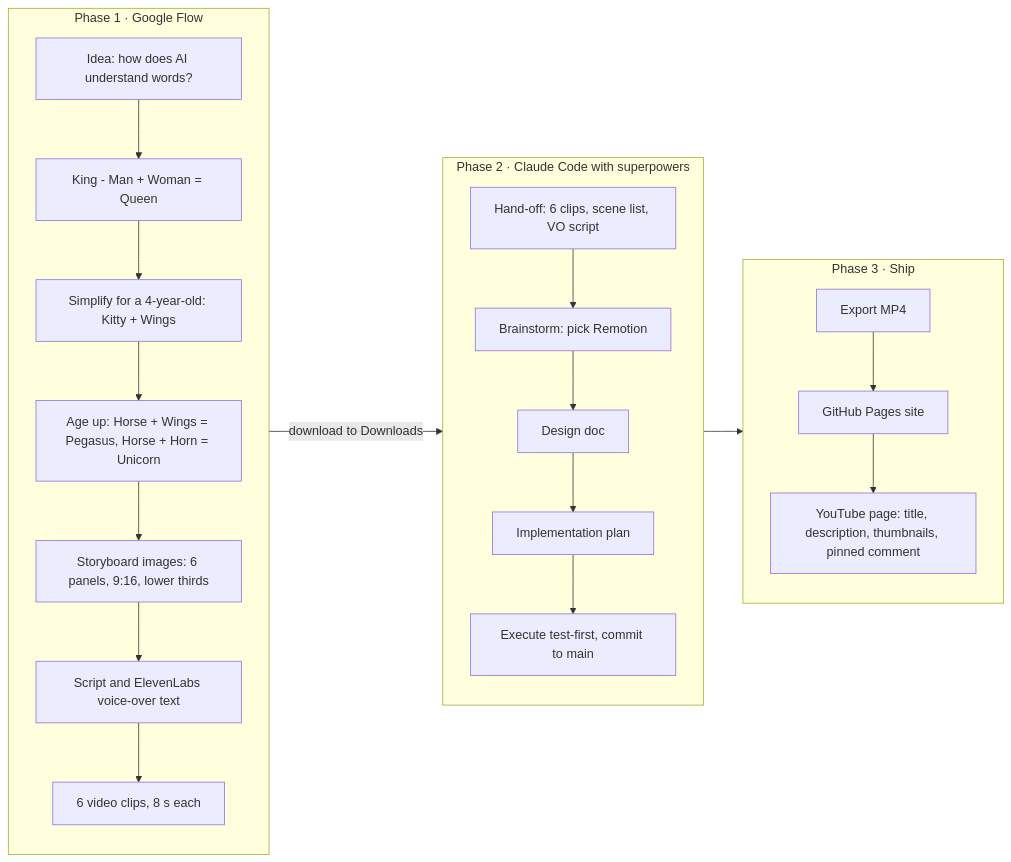
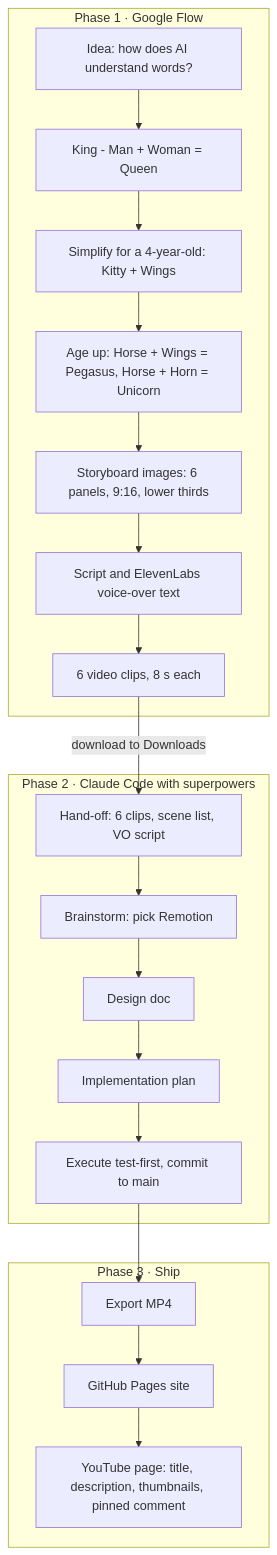
One commit to rifaterdemsahin/google-flow-vectors changed the diagram in README.md. Above: the diagram before and after it, drawn with Mermaid. The commit also changed 2 other files, not shown here.

Commit message:
fix: top-down Mermaid layouts so diagrams stay readable

````diff
--- a/README.md
+++ b/README.md
@@ -30,26 +30,23 @@
 ```mermaid
-flowchart LR
+flowchart TD
   subgraph FLOW["Phase 1 · Google Flow"]
-    direction TB
     A["Idea: how does AI understand words?"] --> B["King - Man + Woman = Queen"]
     B --> C["Simplify for a 4-year-old: Kitty + Wings"]
     C --> D["Age up: Horse + Wings = Pegasus, Horse + Horn = Unicorn"]
     D --> E["Storyboard images: 6 panels, 9:16, lower thirds"]
     E --> F["Script and ElevenLabs voice-over text"]
     F --> G["6 video clips, 8 s each"]
   end
   subgraph CLAUDE["Phase 2 · Claude Code with superpowers"]
-    direction TB
     H["Hand-off: 6 clips, scene list, VO script"] --> I["Brainstorm: pick Remotion"]
     I --> J["Design doc"]
     J --> K["Implementation plan"]
     K --> L["Execute test-first, commit to main"]
   end
   subgraph SHIP["Phase 3 · Ship"]
-    direction TB
     M["Export MP4"] --> N["GitHub Pages site"]
     N --> O["YouTube page: title, description, thumbnails, pinned comment"]
   end
   G -->|"download to Downloads"| H
   L --> M
 ```
````
